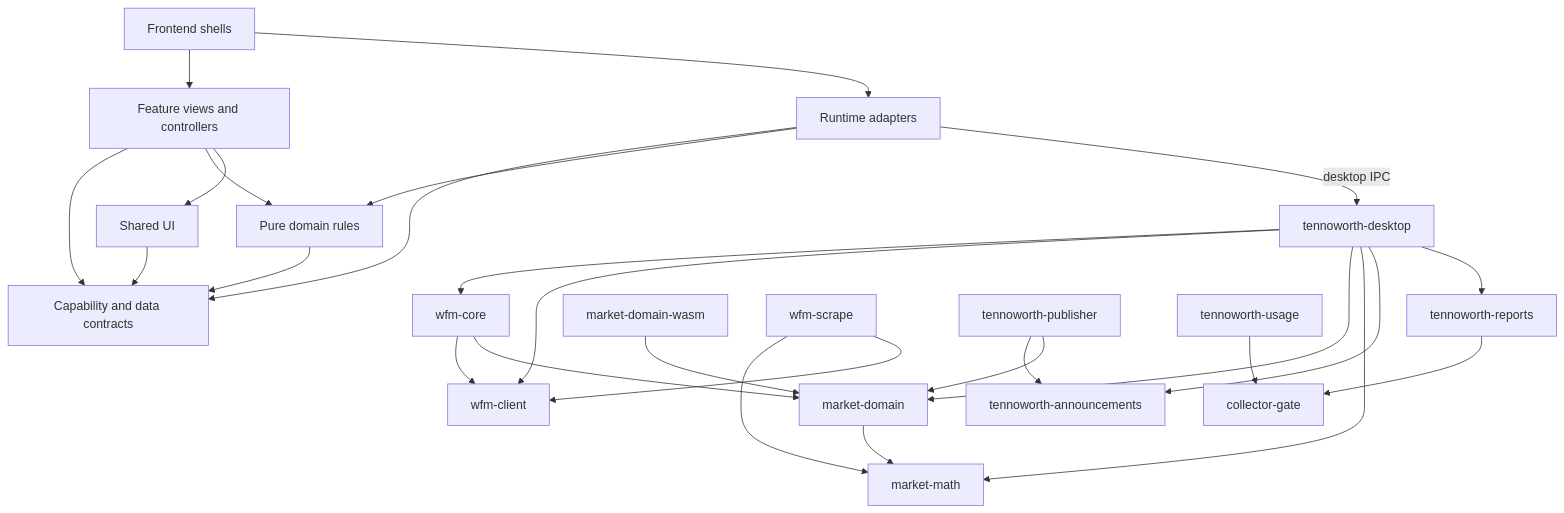
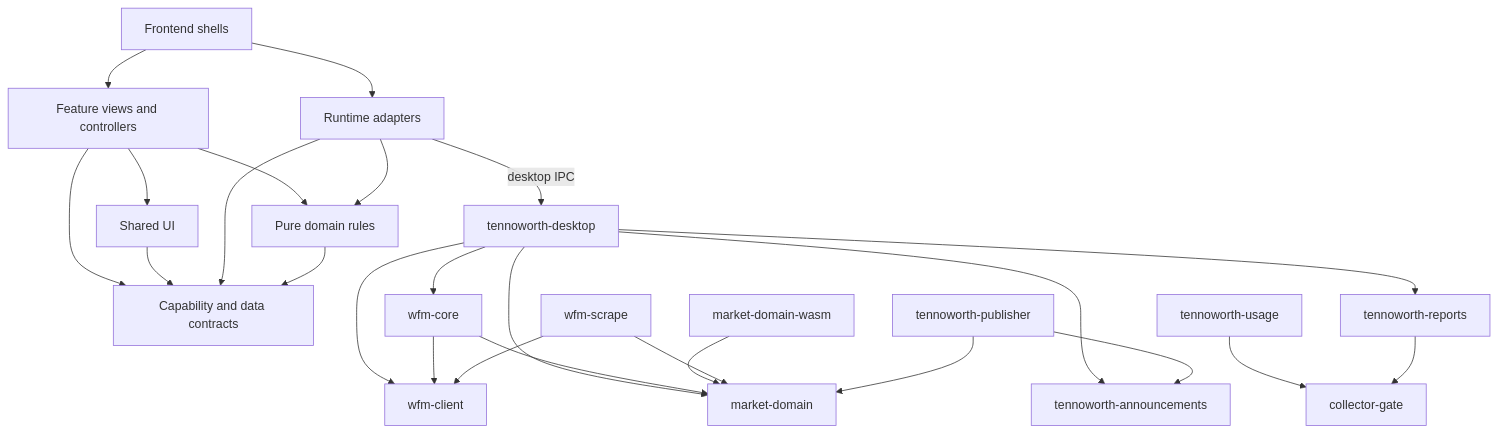
Before and after one commit to tennoworth/tennoworth: the diagram in docs/architecture.md, drawn with Mermaid. The commit also changed other lines of this file and 27 other files, not shown here.

First line of the commit message:
refactor: fold market-math into market-domain as math

````diff
--- a/docs/architecture.md
+++ b/docs/architecture.md
@@ -146,29 +145,27 @@
 ```mermaid
 flowchart TD
   Shells[Frontend shells] --> Features[Feature views and controllers]
   Shells --> Adapters[Runtime adapters]
   Features --> Contracts[Capability and data contracts]
   Features --> Domain[Pure domain rules]
   Features --> UI[Shared UI]
   UI --> Contracts
   Adapters --> Contracts
   Adapters --> Domain
   Domain --> Contracts
   Adapters -->|desktop IPC| Desktop[tennoworth-desktop]
   Desktop --> Core[wfm-core]
   Desktop --> Client[wfm-client]
   Desktop --> Market[market-domain]
-  Desktop --> Math[market-math]
   Desktop --> Feed[tennoworth-announcements]
   Desktop --> Reports[tennoworth-reports]
   Core --> Client
   Core --> Market
-  Market --> Math
   Wasm[market-domain-wasm] --> Market
-  Scrape[wfm-scrape] --> Math
+  Scrape[wfm-scrape] --> Market
   Scrape --> Client
   Publisher[tennoworth-publisher] --> Feed
   Publisher --> Market
   Usage[tennoworth-usage] --> Gate[collector-gate]
   Reports --> Gate
 ```
````
